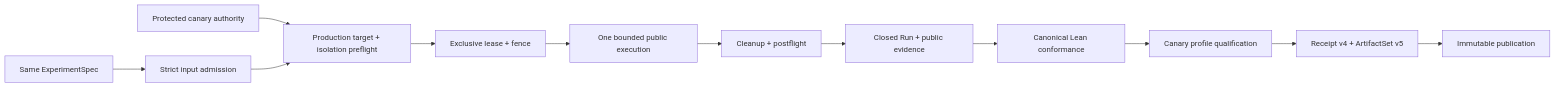
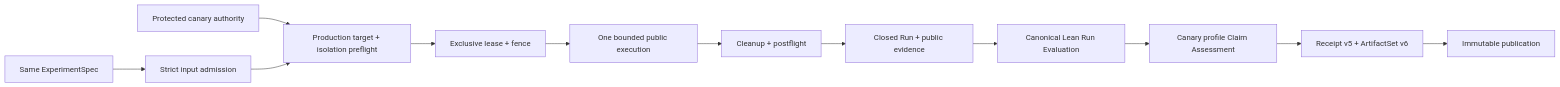
Before and after one commit to stephanos/temporal: the diagram in .flow/specs/fn-29-bounded-production-canary-execution-and.md, drawn with Mermaid. The commit also changed other lines of this file and 277 other files, not shown here.

````diff
--- a/.flow/specs/fn-29-bounded-production-canary-execution-and.md
+++ b/.flow/specs/fn-29-bounded-production-canary-execution-and.md
@@ -46,14 +46,14 @@
 ```mermaid
 flowchart LR
   S[Same ExperimentSpec] --> A[Strict input admission]
   P[Protected canary authority] --> T[Production target + isolation preflight]
   A --> T
   T --> L[Exclusive lease + fence]
   L --> X[One bounded public execution]
   X --> K[Cleanup + postflight]
   K --> E[Closed Run + public evidence]
-  E --> C[Canonical Lean conformance]
-  C --> Q[Canary profile qualification]
-  Q --> R[Receipt v4 + ArtifactSet v5]
+  E --> C[Canonical Lean Run Evaluation]
+  C --> Q[Canary profile Claim Assessment]
+  Q --> R[Receipt v5 + ArtifactSet v6]
   R --> O[Immutable publication]
 ```
````
